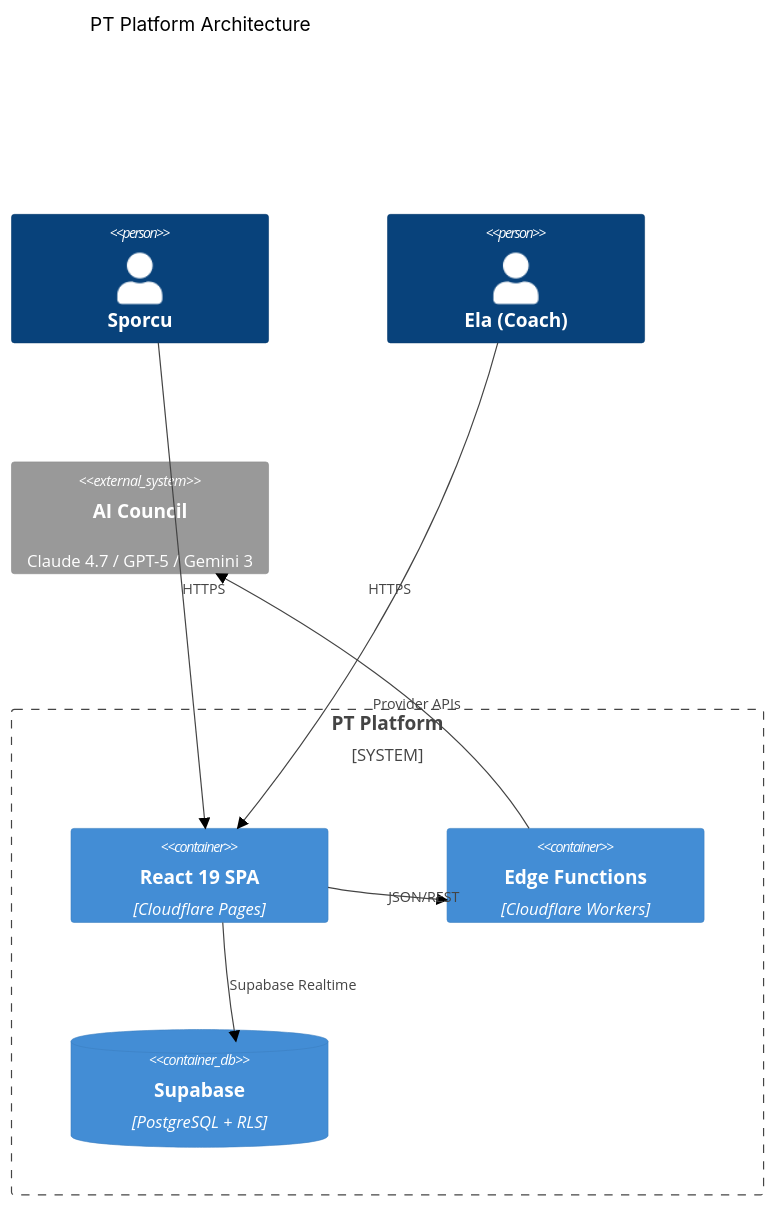
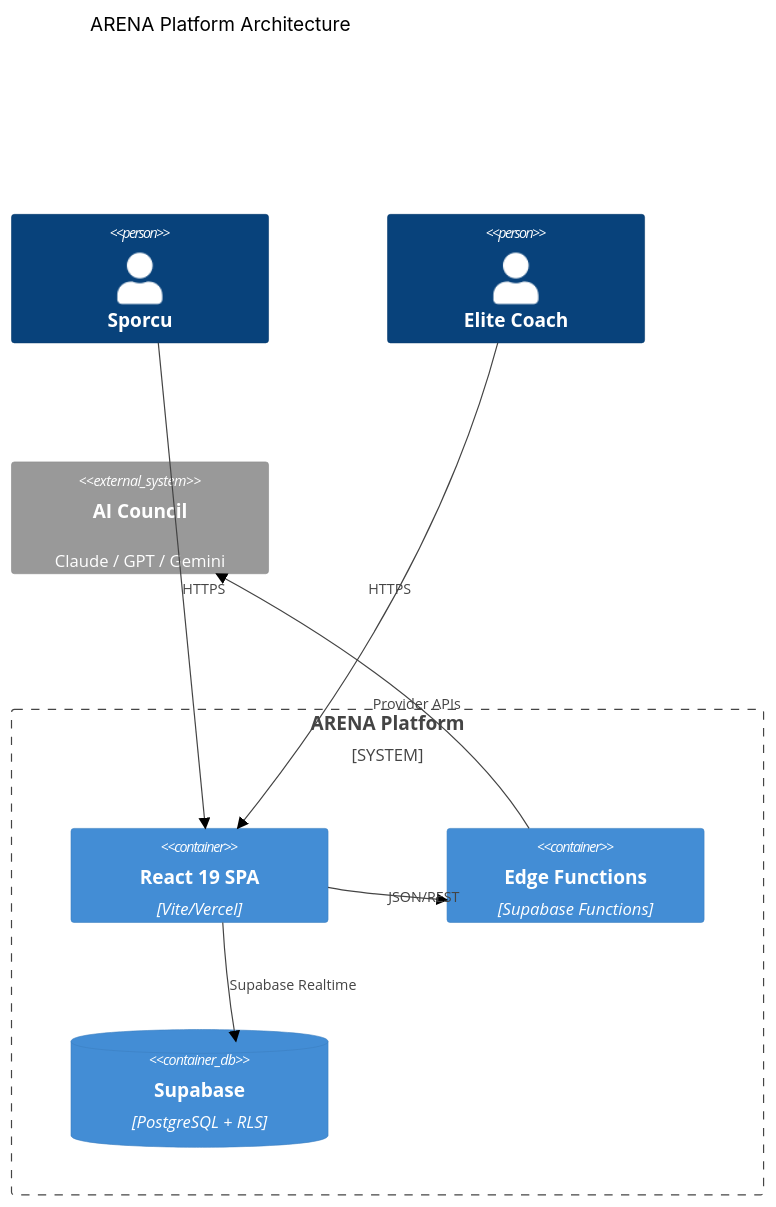
The second of 5 diagrams in .claude/skills/mermaid-diagrams/SKILL.md (No3214/pt), drawn with Mermaid (neutral theme) before and after one commit. The commit also changed other lines of this file and 67 other files, not shown here.

First line of the commit message:
feat: transform platform to ARENA Performance marketplace and anonymize personal data

````diff
--- a/.claude/skills/mermaid-diagrams/SKILL.md
+++ b/.claude/skills/mermaid-diagrams/SKILL.md
@@ -26,17 +26,17 @@
 ```mermaid
 C4Context
-    title PT Platform Architecture
+    title ARENA Platform Architecture
     Person(user, "Sporcu")
-    Person(coach, "Ela (Coach)")
-    System_Boundary(pt, "PT Platform") {
-        Container(spa, "React 19 SPA", "Cloudflare Pages")
-        Container(api, "Edge Functions", "Cloudflare Workers")
+    Person(coach, "Elite Coach")
+    System_Boundary(pt, "ARENA Platform") {
+        Container(spa, "React 19 SPA", "Vite/Vercel")
+        Container(api, "Edge Functions", "Supabase Functions")
         ContainerDb(db, "Supabase", "PostgreSQL + RLS")
     }
-    System_Ext(ai, "AI Council", "Claude 4.7 / GPT-5 / Gemini 3")
+    System_Ext(ai, "AI Council", "Claude / GPT / Gemini")
     Rel(user, spa, "HTTPS")
     Rel(coach, spa, "HTTPS")
     Rel(spa, api, "JSON/REST")
     Rel(api, ai, "Provider APIs")
     Rel(spa, db, "Supabase Realtime")
 ```
````
